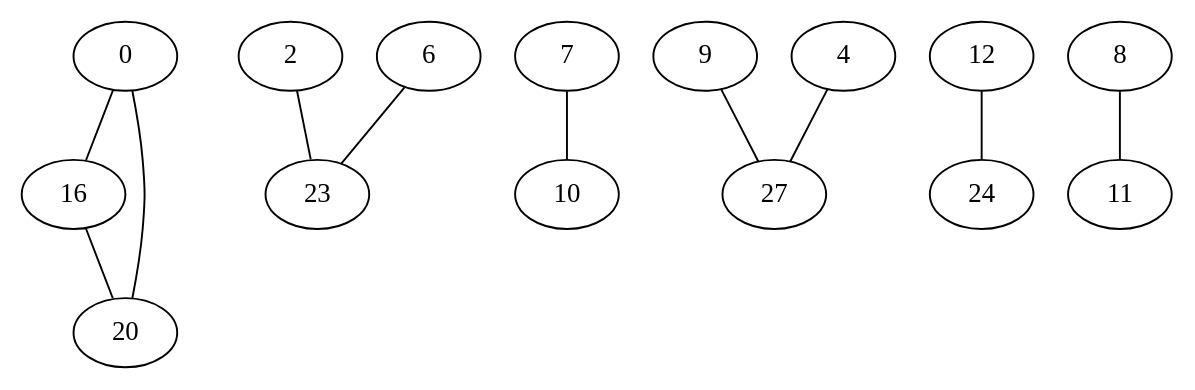
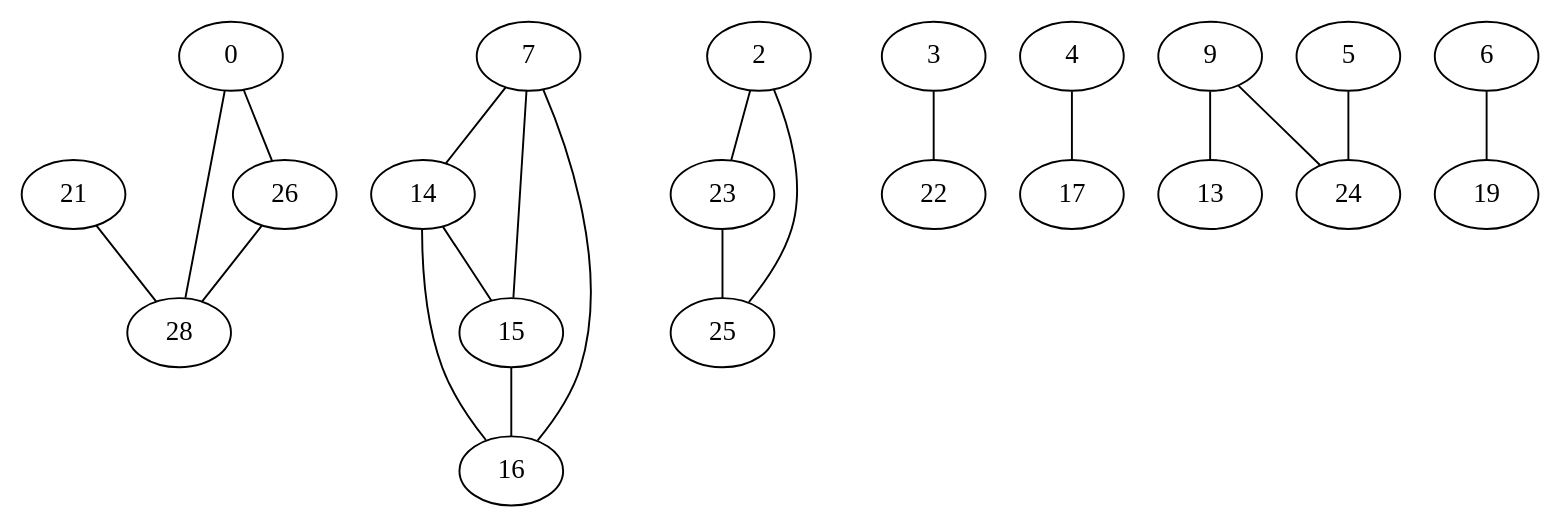
One commit to FranciscoMGL/Proyecto-Algoritmos changed the diagram in grafo_geografico_30.gv. Above: the diagram before and after it, drawn with Graphviz. The commit also changed 24 other files, not shown here.

```diff
--- a/grafo_geografico_30.gv
+++ b/grafo_geografico_30.gv
@@ -1,12 +1,21 @@
 graph G {
-    "16" -- "20";
-    "0" -- "20";
+    "21" -- "28";
+    "14" -- "16";
+    "23" -- "25";
+    "3" -- "22";
+    "0" -- "26";
     "2" -- "23";
-    "0" -- "16";
-    "7" -- "10";
-    "6" -- "23";
-    "9" -- "27";
-    "4" -- "27";
-    "12" -- "24";
-    "8" -- "11";
+    "7" -- "16";
+    "4" -- "17";
+    "14" -- "15";
+    "9" -- "13";
+    "5" -- "24";
+    "0" -- "28";
+    "15" -- "16";
+    "2" -- "25";
+    "7" -- "15";
+    "26" -- "28";
+    "6" -- "19";
+    "9" -- "24";
+    "7" -- "14";
 }
```
